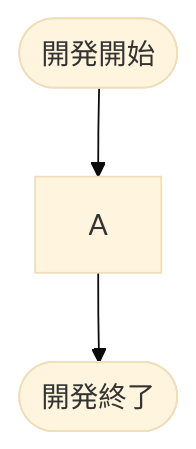
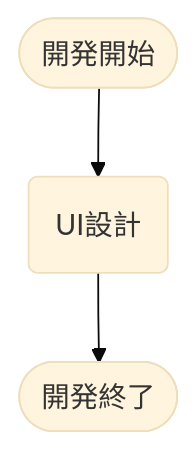
One commit to Seyyyy/Sey changed the diagram in docs/README.md. Above: the diagram before and after it, drawn with Mermaid (base theme). The commit also changed other lines of this file, not shown here.

Commit message:
doc: UI設計プロセスの定義

````diff
--- a/docs/README.md
+++ b/docs/README.md
@@ -5,6 +5,6 @@
 ```mermaid
 
 graph TD;
-    dev_start([開発開始]) --> A
-    A --> dev_end([開発終了])
+    dev_start([開発開始]) --> ui(UI設計)
+    ui(UI設計) --> dev_end([開発終了])
 ```
````
